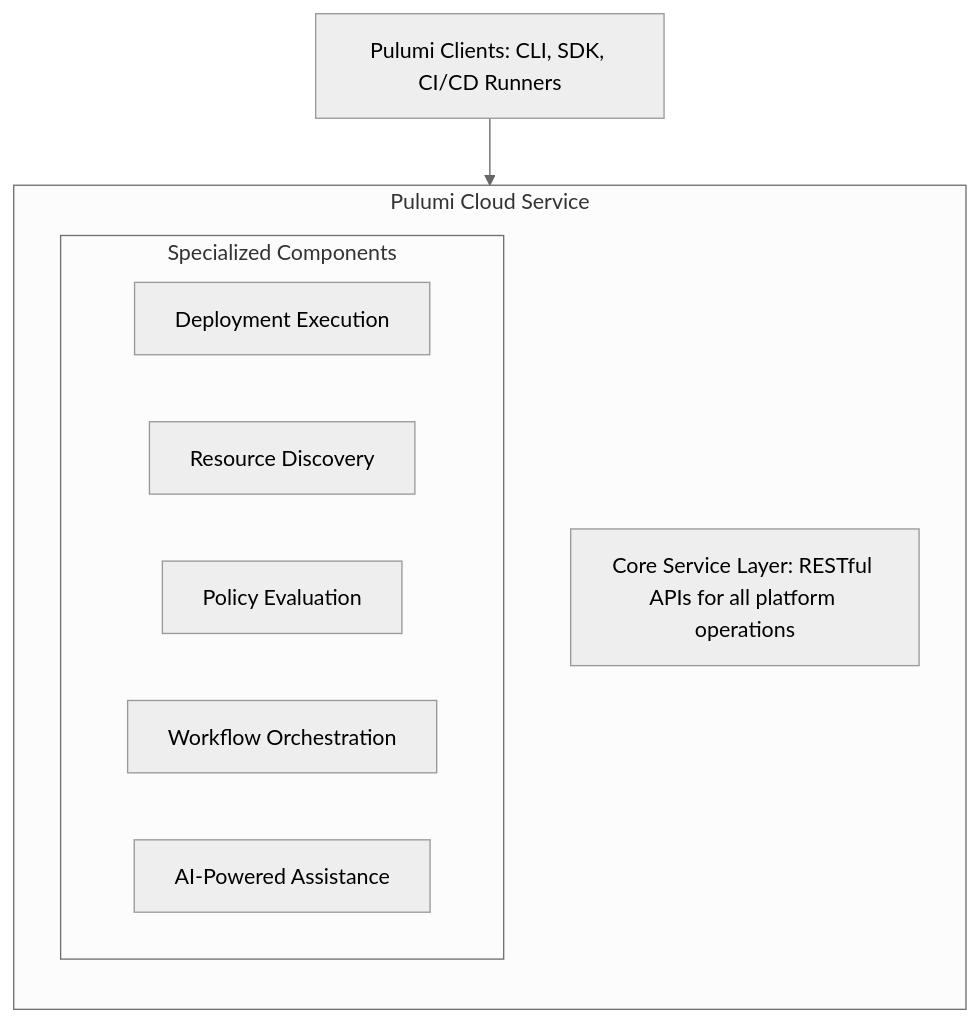
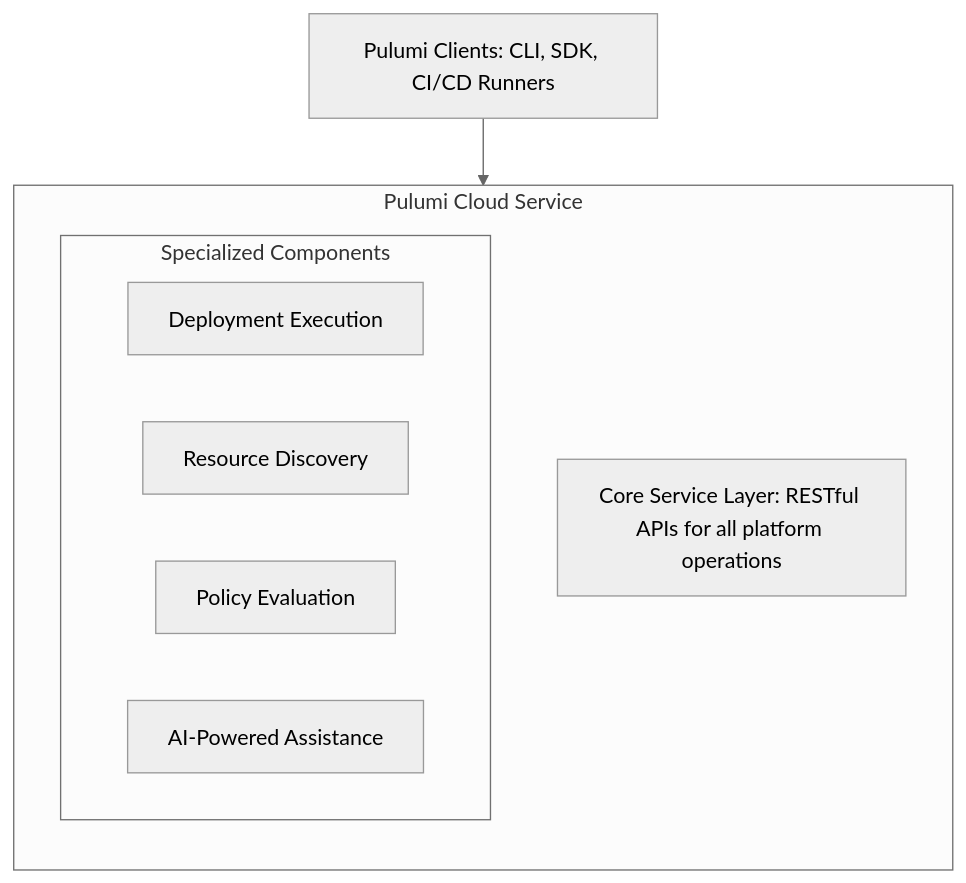
The first of 3 diagrams in content/security/pulumi-cloud-security-whitepaper.md (pulumi/docs), drawn with Mermaid before and after one commit. The commit also changed other lines of this file, not shown here.

````diff
--- a/content/security/pulumi-cloud-security-whitepaper.md
+++ b/content/security/pulumi-cloud-security-whitepaper.md
@@ -30,26 +30,25 @@
 ```mermaid
 ---
 config:
   theme: 'neutral'
 ---
 flowchart TD
     %% Pulumi Clients
     Clients[Pulumi Clients: CLI, SDK, CI/CD Runners]
 
     %% Pulumi Cloud Core
     subgraph PulumiCloud["Pulumi Cloud Service"]
         direction TB
         CoreAPI[Core Service Layer: RESTful APIs for all platform operations]
 
         subgraph Components["Specialized Components"]
             Deployment[Deployment Execution]
             ResourceDiscovery[Resource Discovery]
             PolicyEvaluation[Policy Evaluation]
-            Workflow[Workflow Orchestration]
             AI[AI-Powered Assistance]
         end
     end
 
     %% Connection
     Clients --> CoreAPI
 ```
````
